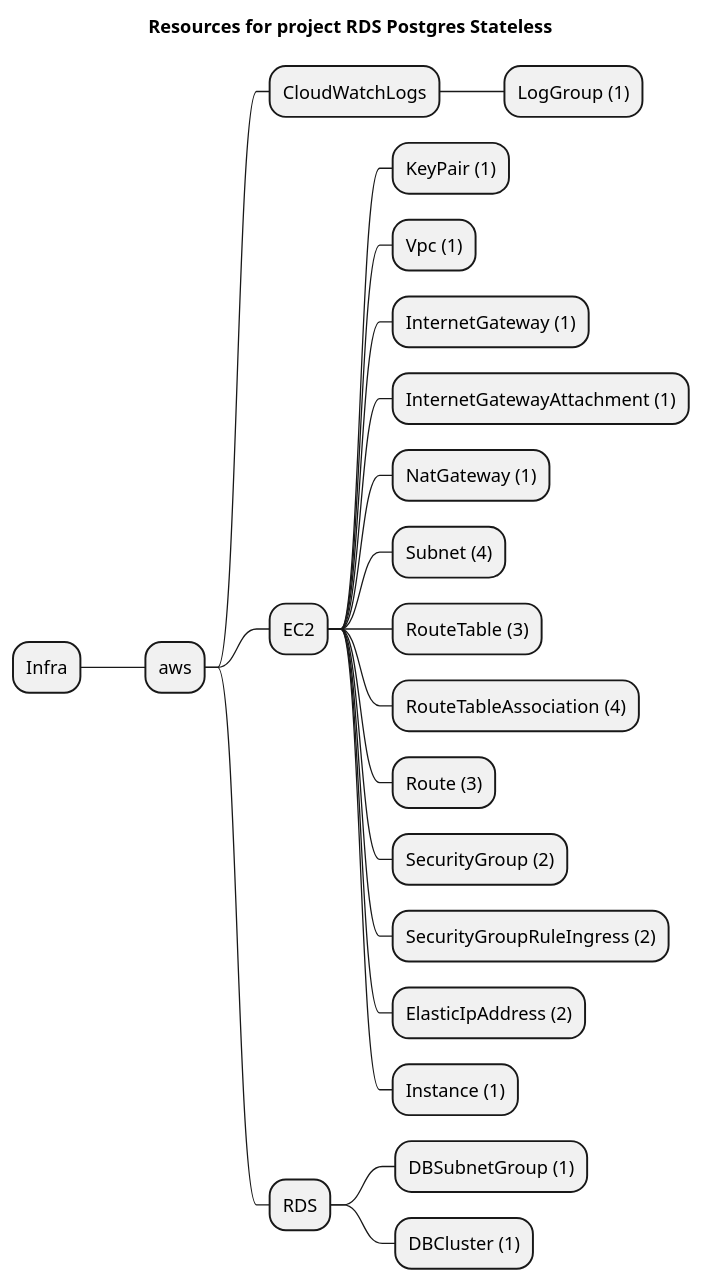
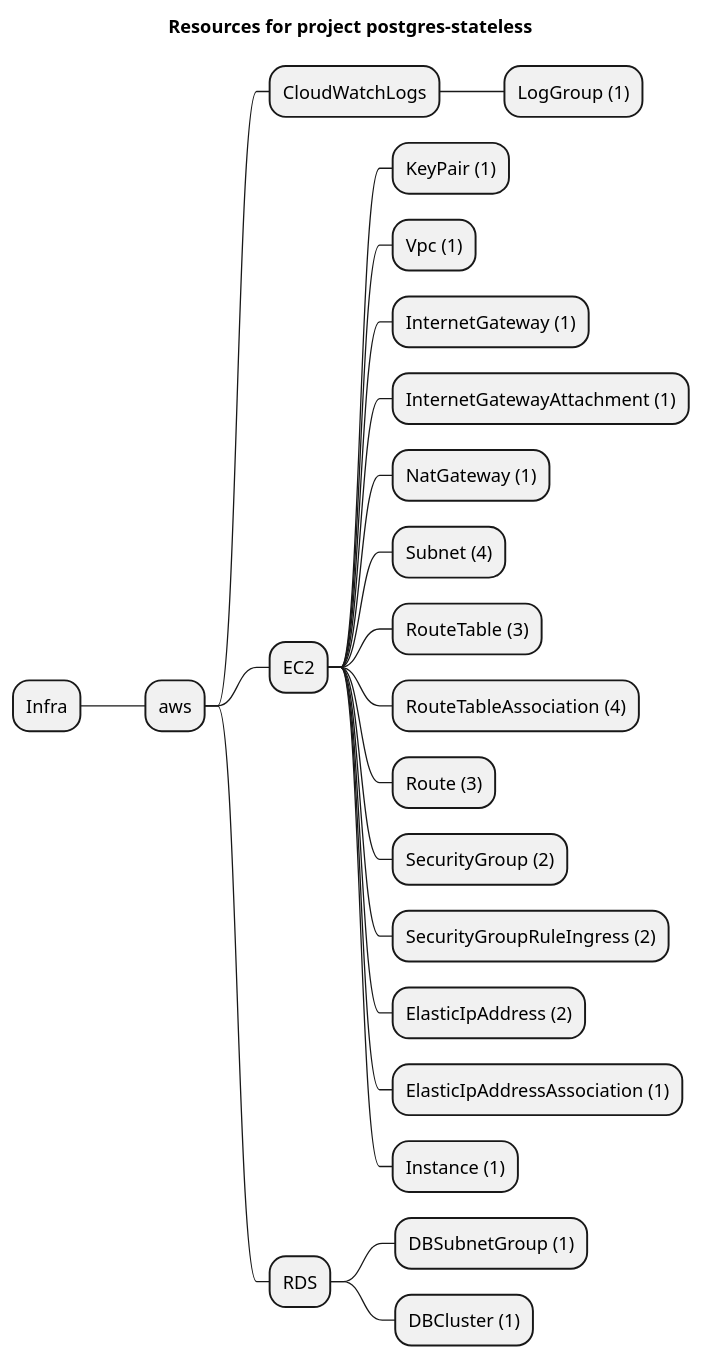
Before and after one commit to grucloud/grucloud: the diagram in examples/aws/RDS/postgres-stateless/artifacts/resources-mindmap.puml, drawn with PlantUML. The commit also changed 32 other files, not shown here.

Commit message:
ElasticIpAddressAssociation

```diff
--- a/examples/aws/RDS/postgres-stateless/artifacts/resources-mindmap.puml
+++ b/examples/aws/RDS/postgres-stateless/artifacts/resources-mindmap.puml
@@ -1,25 +1,26 @@
 @startmindmap
-title Resources for project RDS Postgres Stateless
+title Resources for project postgres-stateless
 skinparam monochrome true
 + Infra
 ++ aws
 +++ CloudWatchLogs
 ++++ LogGroup (1)
 +++ EC2
 ++++ KeyPair (1)
 ++++ Vpc (1)
 ++++ InternetGateway (1)
 ++++ InternetGatewayAttachment (1)
 ++++ NatGateway (1)
 ++++ Subnet (4)
 ++++ RouteTable (3)
 ++++ RouteTableAssociation (4)
 ++++ Route (3)
 ++++ SecurityGroup (2)
 ++++ SecurityGroupRuleIngress (2)
 ++++ ElasticIpAddress (2)
+++++ ElasticIpAddressAssociation (1)
 ++++ Instance (1)
 +++ RDS
 ++++ DBSubnetGroup (1)
 ++++ DBCluster (1)
 @endmindmap
```
